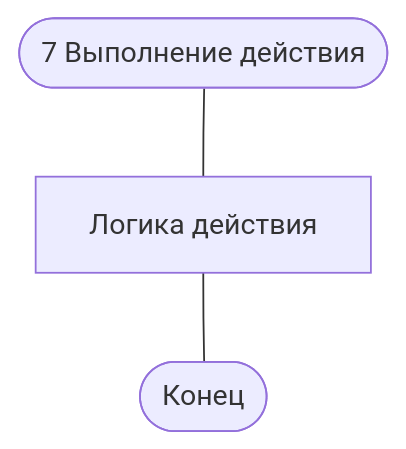
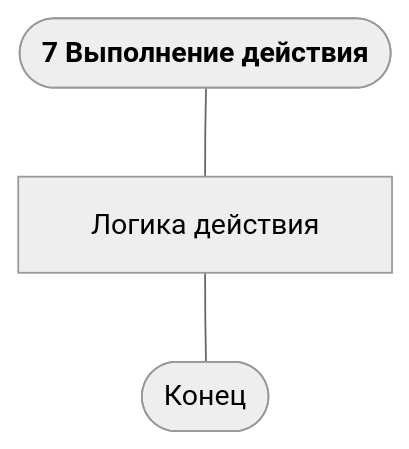
The fifth of 5 diagrams in russian_readme/readme.md (savushkin-r-d/ptusa_main), drawn with Mermaid before and after one commit. The commit also changed other lines of this file and 1 other file, not shown here.

````diff
--- a/russian_readme/readme.md
+++ b/russian_readme/readme.md
@@ -77,8 +77,8 @@
 ``` mermaid
+%%{ init: {'theme': 'neutral'} }%%
 
 flowchart TD
-
-    A([7 Выполнение действия]) --- B[Логика действия]
+    A([<b>7 Выполнение действия</b>]) --- B[<p style='width:150px'> Логика действия]
     B --- E([Конец])
 
 ```
````
